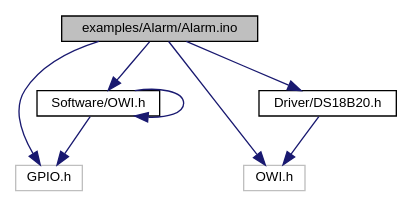
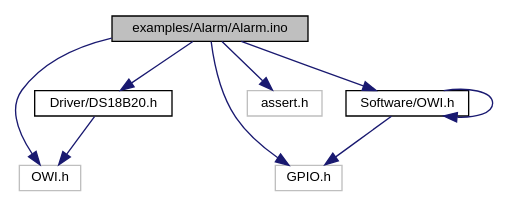
One commit to mikaelpatel/mikaelpatel.github.io changed the diagram in Arduino-OWI/d9/d08/Alarm_8ino__incl.dot. Above: the diagram before and after it, drawn with Graphviz. The commit also changed 166 other files, not shown here.

```diff
--- a/Arduino-OWI/d9/d08/Alarm_8ino__incl.dot
+++ b/Arduino-OWI/d9/d08/Alarm_8ino__incl.dot
@@ -1,17 +1,19 @@
 digraph "examples/Alarm/Alarm.ino"
 {
   edge [fontname="Helvetica",fontsize="10",labelfontname="Helvetica",labelfontsize="10"];
   node [fontname="Helvetica",fontsize="10",shape=record];
   Node1 [label="examples/Alarm/Alarm.ino",height=0.2,width=0.4,color="black", fillcolor="grey75", style="filled", fontcolor="black"];
   Node1 -> Node2 [color="midnightblue",fontsize="10",style="solid",fontname="Helvetica"];
   Node2 [label="GPIO.h",height=0.2,width=0.4,color="grey75", fillcolor="white", style="filled"];
   Node1 -> Node3 [color="midnightblue",fontsize="10",style="solid",fontname="Helvetica"];
   Node3 [label="OWI.h",height=0.2,width=0.4,color="grey75", fillcolor="white", style="filled"];
   Node1 -> Node4 [color="midnightblue",fontsize="10",style="solid",fontname="Helvetica"];
   Node4 [label="Driver/DS18B20.h",height=0.2,width=0.4,color="black", fillcolor="white", style="filled",URL="$d4/d9d/DS18B20_8h.html"];
   Node4 -> Node3 [color="midnightblue",fontsize="10",style="solid",fontname="Helvetica"];
   Node1 -> Node5 [color="midnightblue",fontsize="10",style="solid",fontname="Helvetica"];
-  Node5 [label="Software/OWI.h",height=0.2,width=0.4,color="black", fillcolor="white", style="filled",URL="$d7/d2d/Software_2OWI_8h.html"];
-  Node5 -> Node5 [color="midnightblue",fontsize="10",style="solid",fontname="Helvetica"];
-  Node5 -> Node2 [color="midnightblue",fontsize="10",style="solid",fontname="Helvetica"];
+  Node5 [label="assert.h",height=0.2,width=0.4,color="grey75", fillcolor="white", style="filled"];
+  Node1 -> Node6 [color="midnightblue",fontsize="10",style="solid",fontname="Helvetica"];
+  Node6 [label="Software/OWI.h",height=0.2,width=0.4,color="black", fillcolor="white", style="filled",URL="$d7/d2d/Software_2OWI_8h.html"];
+  Node6 -> Node6 [color="midnightblue",fontsize="10",style="solid",fontname="Helvetica"];
+  Node6 -> Node2 [color="midnightblue",fontsize="10",style="solid",fontname="Helvetica"];
 }
```
